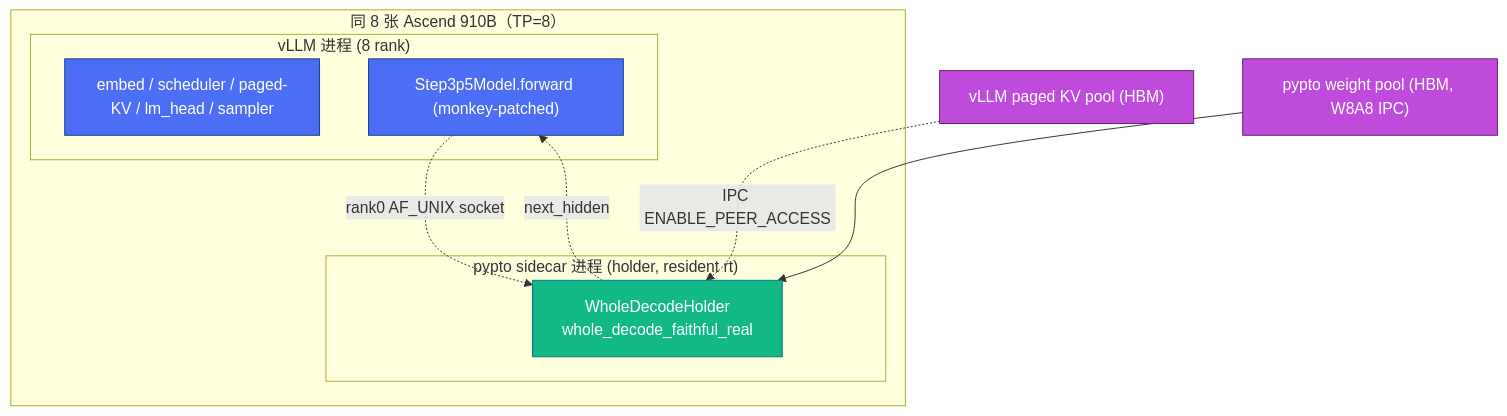
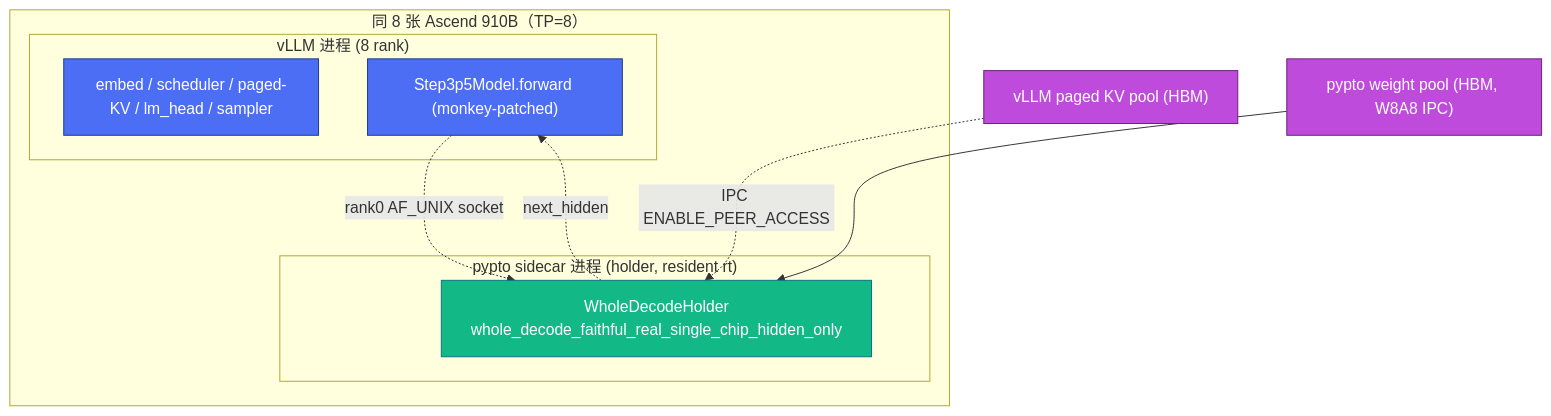
Before and after one commit to csy0225/pypto-project: the first of 4 diagrams in design/vllm-pypto/01-system-design.md, drawn with Mermaid. The commit also changed other lines of this file and 4 other files, not shown here.

First line of the commit message:
docs(design): 对齐精简瘦身后代码——唯一整网入口 hidden_only + strict raw-hidden 边界

````diff
--- a/design/vllm-pypto/01-system-design.md
+++ b/design/vllm-pypto/01-system-design.md
@@ -34,24 +34,24 @@
 ```mermaid
 graph TB
     subgraph CARDS["同 8 张 Ascend 910B（TP=8）"]
         subgraph V["vLLM 进程 (8 rank)"]
             VE["embed / scheduler / paged-KV / lm_head / sampler"]
             VF["Step3p5Model.forward (monkey-patched)"]
         end
         subgraph P["pypto sidecar 进程 (holder, resident rt)"]
-            H["WholeDecodeHolder<br/>whole_decode_faithful_real"]
+            H["WholeDecodeHolder<br/>whole_decode_faithful_real_single_chip_hidden_only"]
         end
     end
     KVPOOL["vLLM paged KV pool (HBM)"]
     WPOOL["pypto weight pool (HBM, W8A8 IPC)"]
 
     VF -.rank0 AF_UNIX socket.-> H
     KVPOOL -.IPC ENABLE_PEER_ACCESS.-> H
     WPOOL --> H
     H -.next_hidden.-> VF
 
     classDef v fill:#4C6EF5,stroke:#1E3A8A,color:#fff;
     classDef p fill:#12B886,stroke:#0B7285,color:#fff;
     classDef k fill:#BE4BDB,stroke:#6B2178,color:#fff;
     class VE,VF v; class H p; class KVPOOL,WPOOL k;
 ```
````
